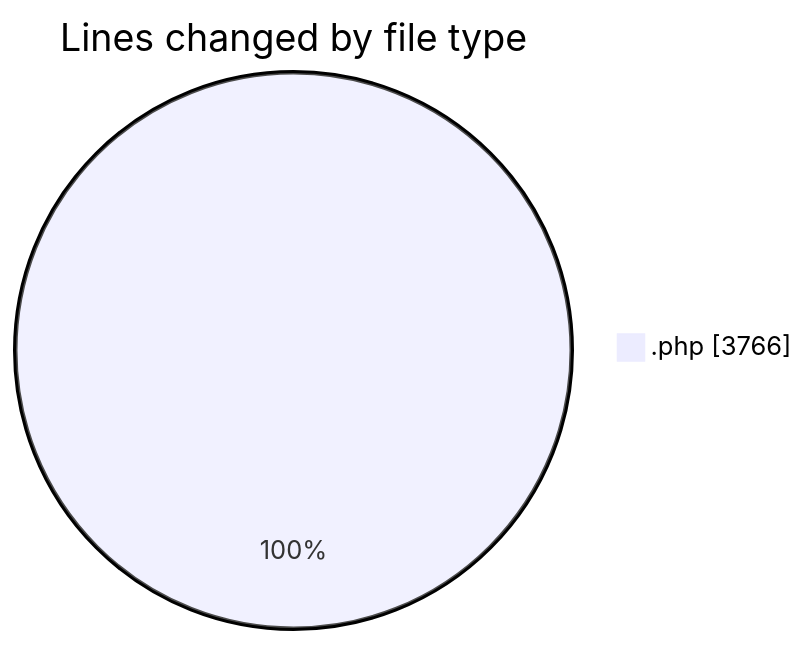
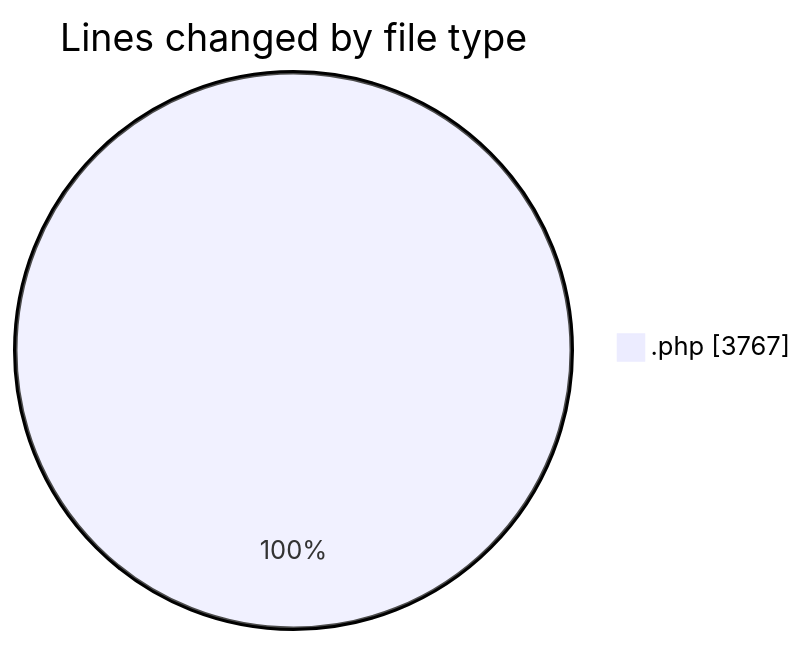
Before and after one commit to debugP/code-tracking: the first of 2 diagrams in 2026-08-05/untitled__workspace_/README.md, drawn with Mermaid. The commit also changed other lines of this file and 1 other file, not shown here.

````diff
--- a/2026-08-05/untitled__workspace_/README.md
+++ b/2026-08-05/untitled__workspace_/README.md
@@ -21,5 +21,5 @@
 ```mermaid
 pie showData
 title Lines changed by file type
-".php" : 3766
+".php" : 3767
 ```
````
